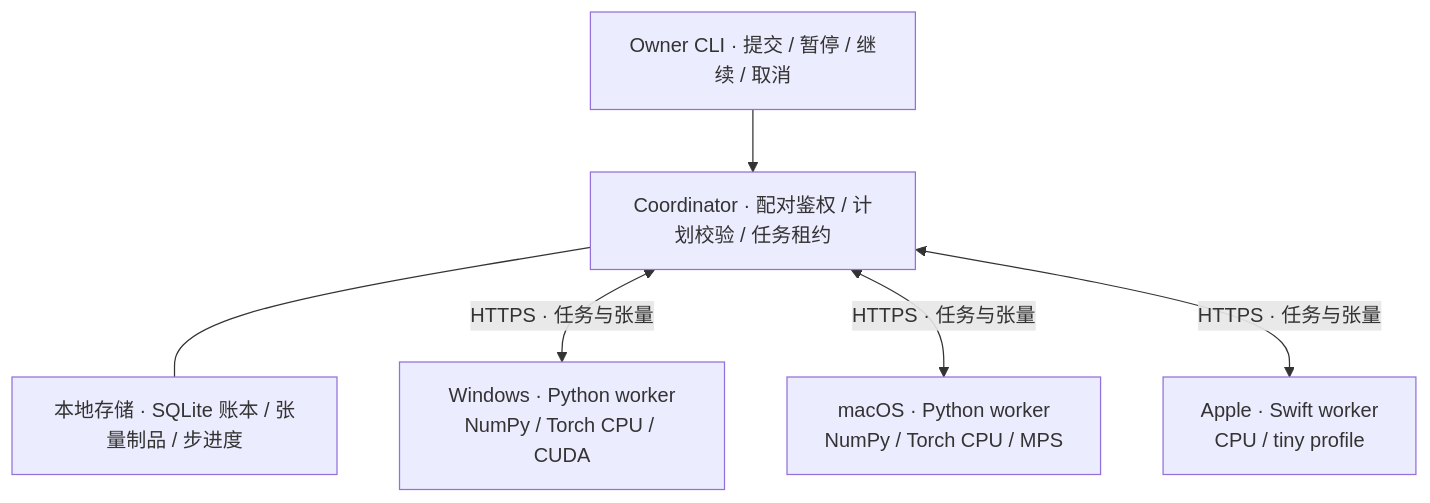
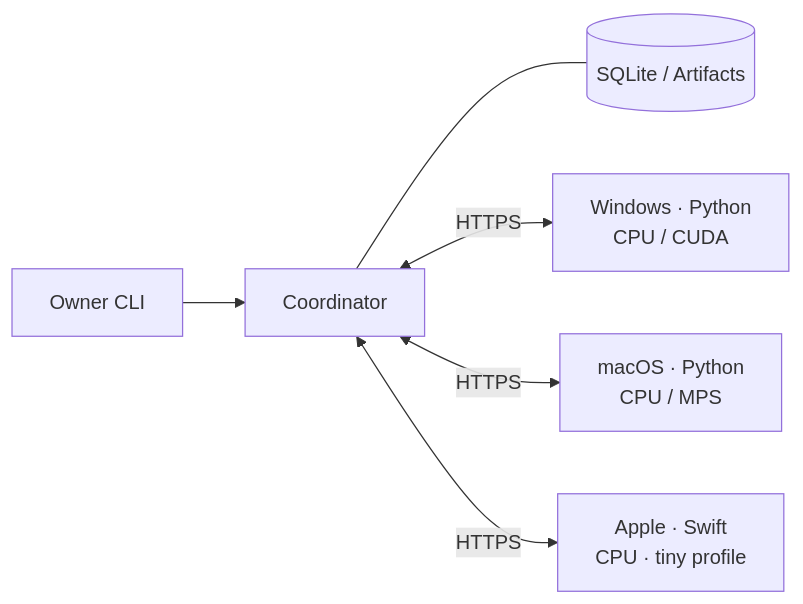
One commit to tuzhechen2005/heteromesh changed the diagram in README.md. Above: the diagram before and after it, drawn with Mermaid. The commit also changed other lines of this file, not shown here.

Commit message:
docs: refine diagram layout and wrap onboarding commands

````diff
--- a/README.md
+++ b/README.md
@@ -170,9 +176,8 @@
 ```mermaid
-flowchart TB
-    CLI["Owner CLI · 提交 / 暂停 / 继续 / 取消"] --> C
-    C["Coordinator · 配对鉴权 / 计划校验 / 任务租约"]
-    C --- S["本地存储 · SQLite 账本 / 张量制品 / 步进度"]
-    C <-->|"HTTPS · 任务与张量"| W["Windows · Python worker<br/>NumPy / Torch CPU / CUDA"]
-    C <-->|"HTTPS · 任务与张量"| M["macOS · Python worker<br/>NumPy / Torch CPU / MPS"]
-    C <-->|"HTTPS · 任务与张量"| A["Apple · Swift worker<br/>CPU / tiny profile"]
+flowchart LR
+    CLI["Owner CLI"] --> C["Coordinator"]
+    C --- S[("SQLite / Artifacts")]
+    C <-->|HTTPS| W["Windows · Python<br/>CPU / CUDA"]
+    C <-->|HTTPS| M["macOS · Python<br/>CPU / MPS"]
+    C <-->|HTTPS| A["Apple · Swift<br/>CPU · tiny profile"]
 ```
````
